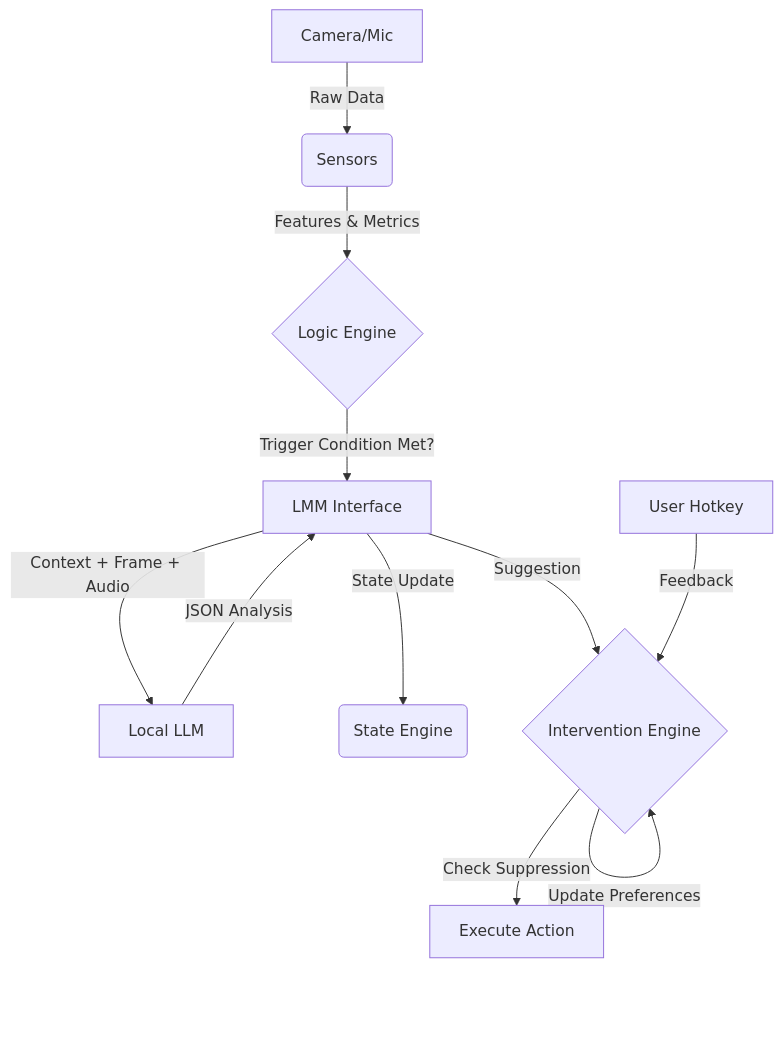
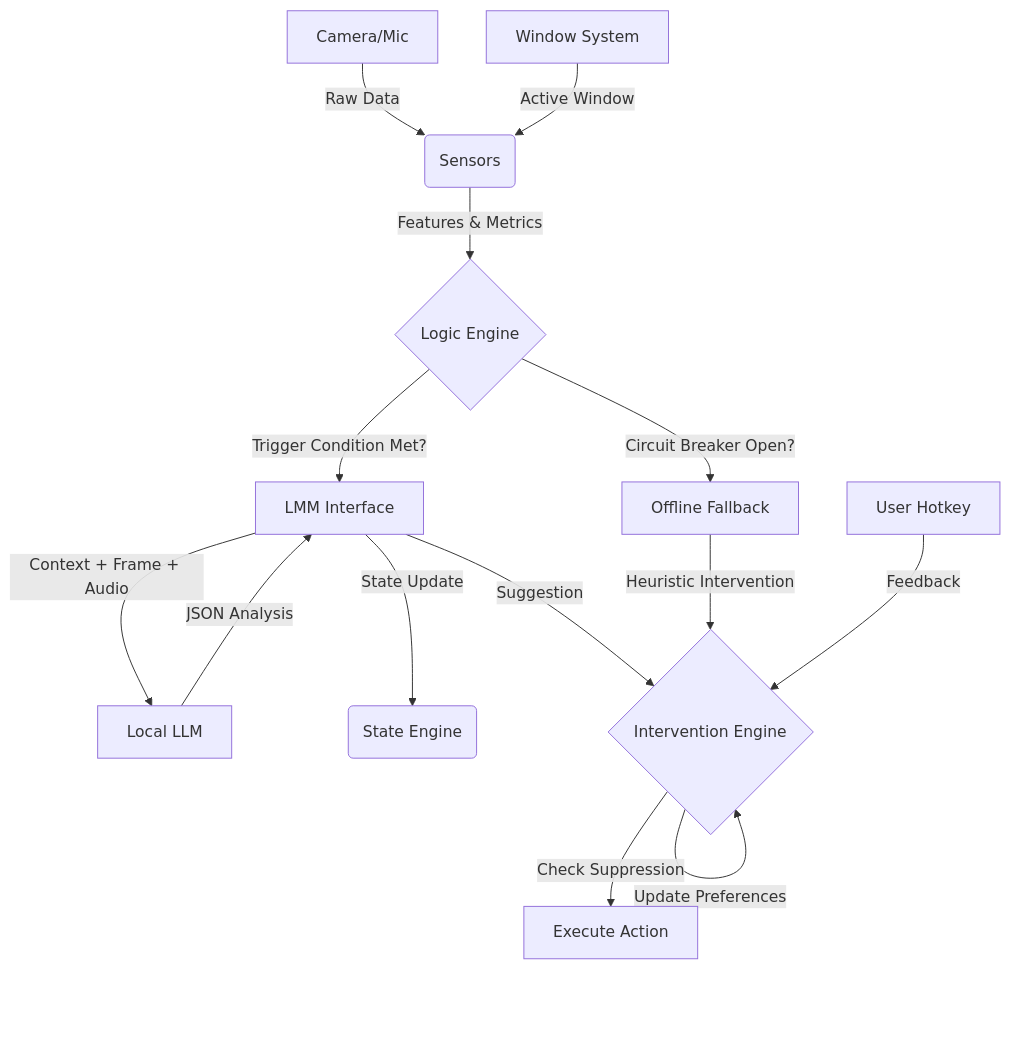
One commit to IAMCANADIAN-cyber/ASDGPT changed the diagram in docs/ARCHITECTURE.md. Above: the diagram before and after it, drawn with Mermaid. The commit also changed other lines of this file, not shown here.

First line of the commit message:
✍️ Scribe: Architecture doc upgrade (Sensors, Logic, Meeting Mode)

````diff
--- a/docs/ARCHITECTURE.md
+++ b/docs/ARCHITECTURE.md
@@ -75,13 +85,16 @@
 ```mermaid
 graph TD
     A[Camera/Mic] -->|Raw Data| B(Sensors)
+    W[Window System] -->|Active Window| B
     B -->|Features & Metrics| C{Logic Engine}
     C -->|Trigger Condition Met?| D[LMM Interface]
+    C -->|Circuit Breaker Open?| O[Offline Fallback]
     D -->|Context + Frame + Audio| E[Local LLM]
     E -->|JSON Analysis| D
     D -->|State Update| F(State Engine)
     D -->|Suggestion| G{Intervention Engine}
+    O -->|Heuristic Intervention| G
     G -->|Check Suppression| H[Execute Action]
     I[User Hotkey] -->|Feedback| G
     G -->|Update Preferences| G
 ```
````
